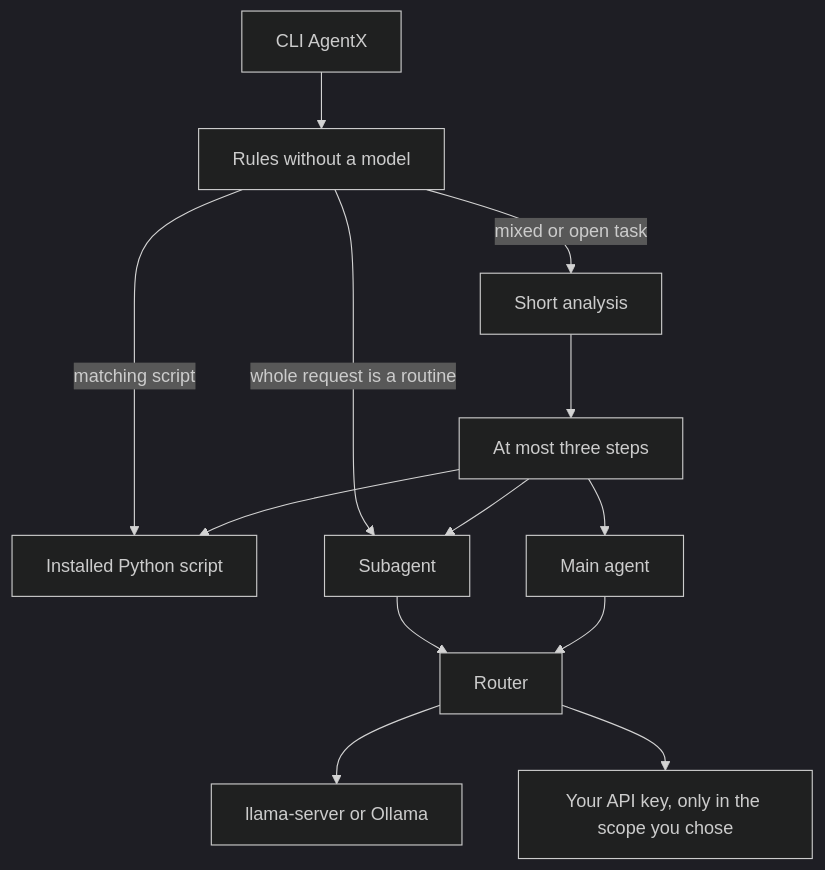
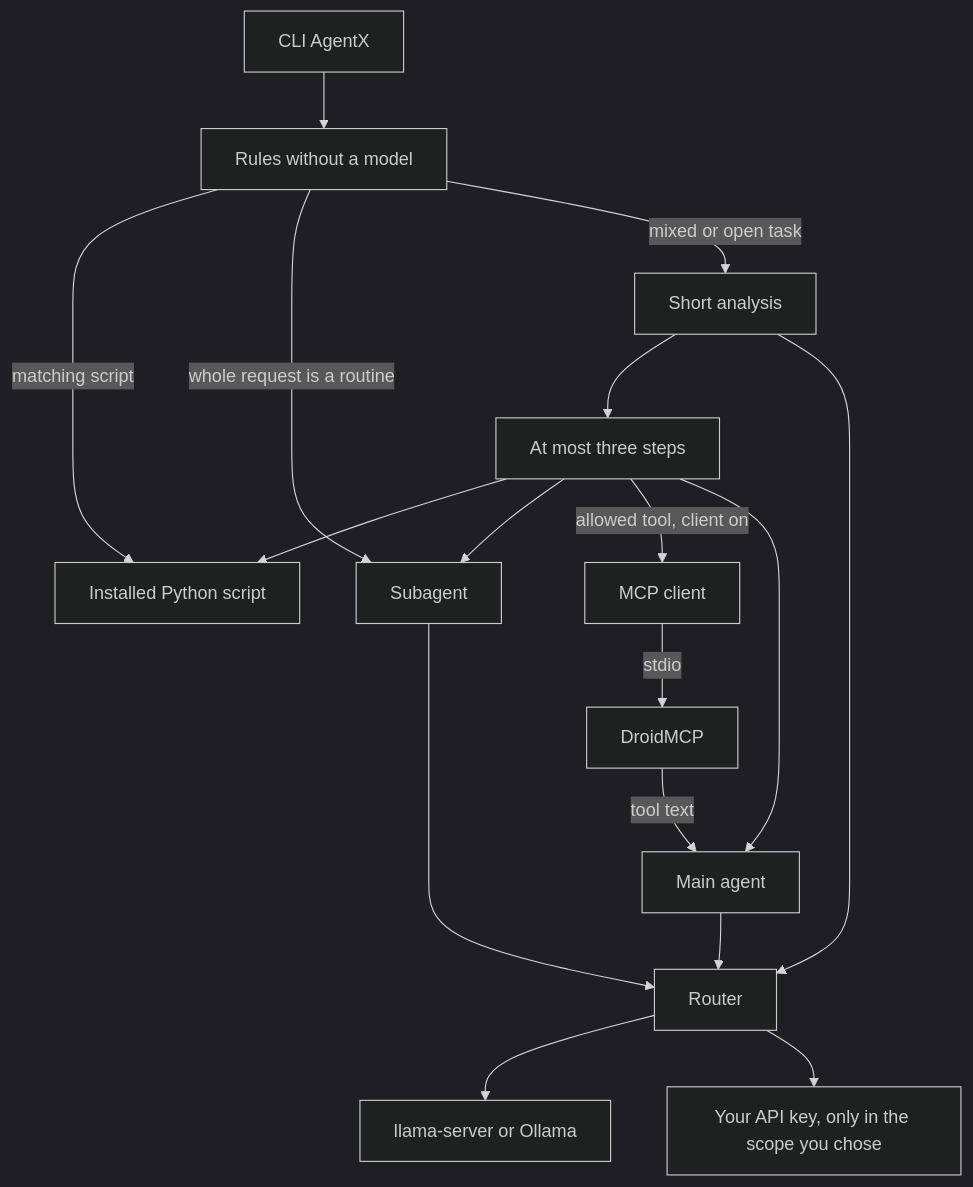
Before and after one commit to JoaoPHS/AgentX: the diagram in README.md, drawn with Mermaid (dark theme). The commit also changed other lines of this file, not shown here.

Commit message:
Show DroidMCP on the task flowchart only after the short analysis.

````diff
--- a/README.md
+++ b/README.md
@@ -61,15 +61,19 @@
 ```mermaid
 flowchart TD
   cli[CLI AgentX] --> rules[Rules without a model]
   rules -->|matching script| phoneScript[Installed Python script]
   rules -->|whole request is a routine| routine[Subagent]
   rules -->|mixed or open task| analyze[Short analysis]
   analyze --> plan[At most three steps]
+  analyze --> router[Router]
   plan --> phoneScript
   plan --> routine
-  plan --> mainAgent[Main agent]
-  routine --> router[Router]
+  plan -->|"allowed tool, client on"| mcpClient[MCP client]
+  mcpClient -->|stdio| droid[DroidMCP]
+  droid -->|tool text| mainAgent[Main agent]
+  plan --> mainAgent
+  routine --> router
   mainAgent --> router
   router --> local[llama-server or Ollama]
   router --> remote[Your API key, only in the scope you chose]
 ```
````
